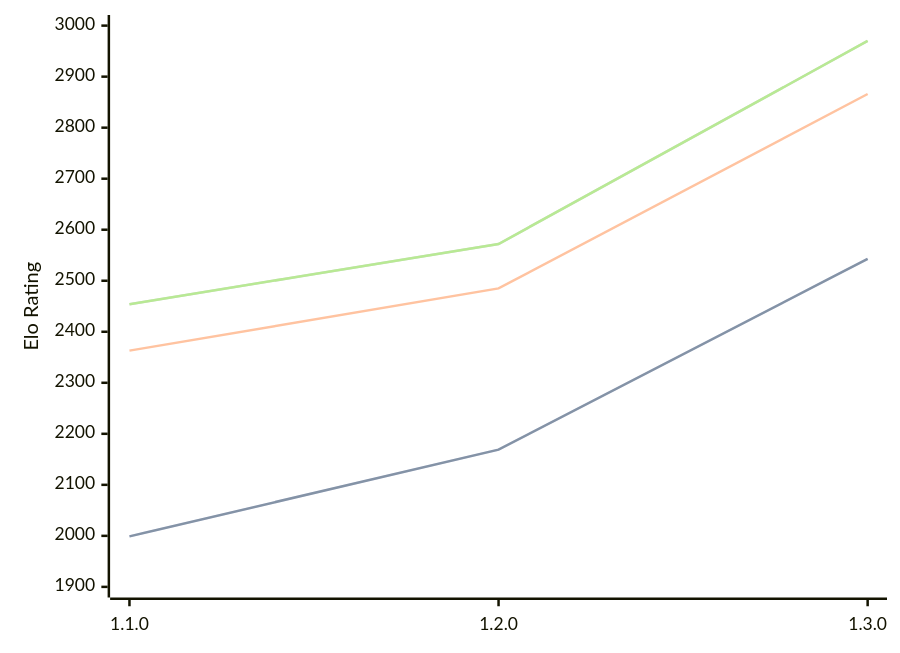
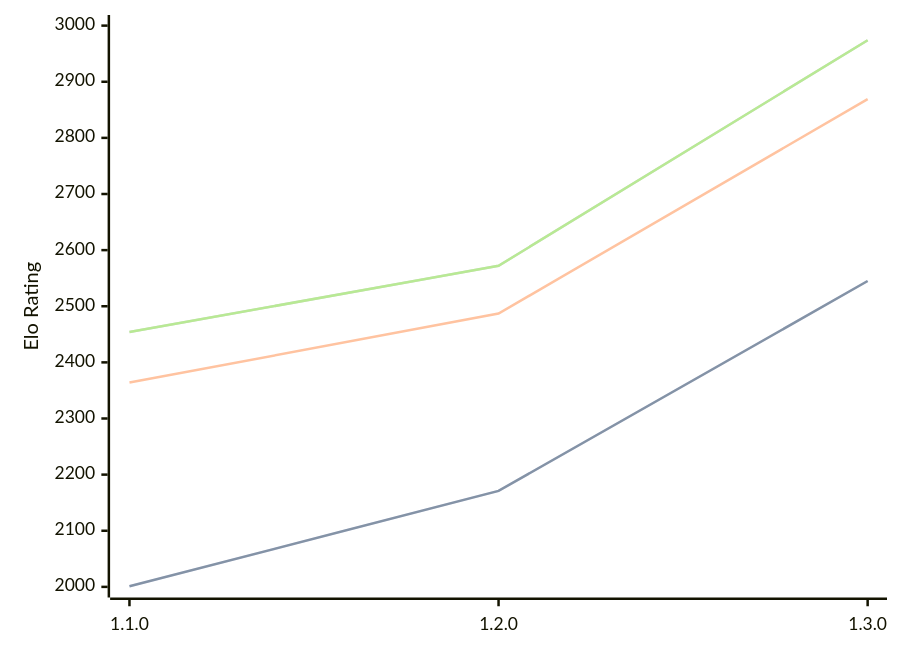
The diagram in engines/Gyatso.md (computer-chess-index/cci), drawn with Mermaid before and after one commit. The commit also changed other lines of this file, not shown here.

Commit message:
Update CCI Ratings (ELO VLTC) - 2026-05-06

````diff
--- a/engines/Gyatso.md
+++ b/engines/Gyatso.md
@@ -34,11 +34,11 @@
 ```mermaid
 %%{init: {"theme":"base","themeVariables":{"seriesColors:['#a3a3a3','#222221','#faa371']}}}%%
 xychart-beta
   x-axis ["1.1.0", "1.2.0", "1.3.0"]
-  y-axis "Elo Rating" 1900 --> 3000
-  line "STC (8.0+0.08s)" [1999, 2169, 2543]
-  line "STC (8.0+0.08s)" [1999, 2169, 2543]
-  line "LTC (60.0+0.60s)" [2363, 2485, 2866]
-  line "VLTC (2m24s+1.12s)" [2454, 2572, 2970]
-  line "VLTC (2m24s+1.12s)" [2454, 2572, 2970]
+  y-axis "Elo Rating" 2000 --> 3000
+  line "STC (8.0+0.08s)" [2001, 2171, 2545]
+  line "STC (8.0+0.08s)" [2001, 2171, 2545]
+  line "LTC (60.0+0.60s)" [2364, 2487, 2869]
+  line "VLTC (2m24s+1.12s)" [2454, 2572, 2974]
+  line "VLTC (2m24s+1.12s)" [2454, 2572, 2974]
 ```
````
